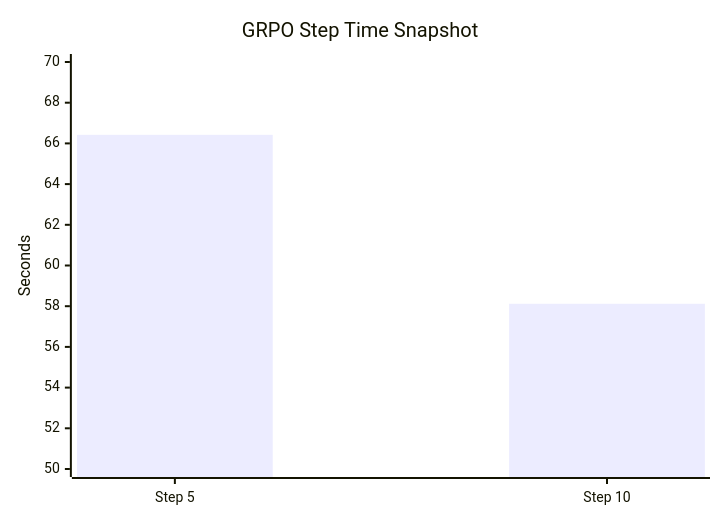
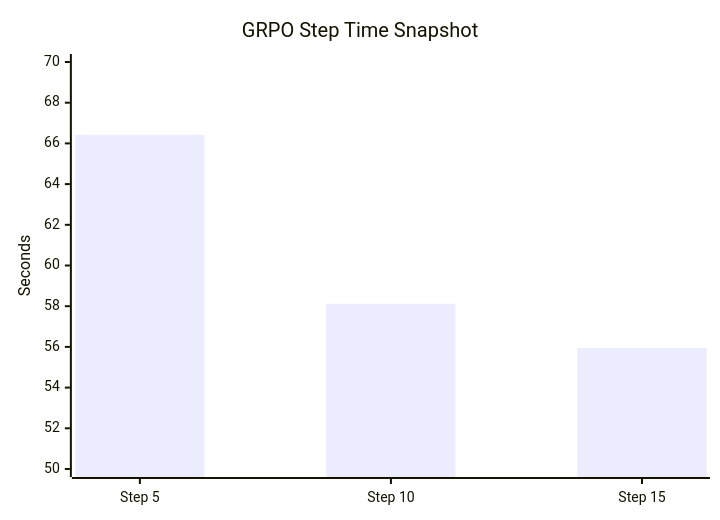
Before and after one commit to sanjuhs/Open-ENV-Meta-Hackathon.-rl: the sixth of 6 diagrams in training/DOCEDIT_STUDENT_WALKTHROUGH.md, drawn with Mermaid. The commit also changed other lines of this file and 1 other file, not shown here.

````diff
--- a/training/DOCEDIT_STUDENT_WALKTHROUGH.md
+++ b/training/DOCEDIT_STUDENT_WALKTHROUGH.md
@@ -361,7 +367,7 @@
 ```mermaid
 xychart-beta
     title "GRPO Step Time Snapshot"
-    x-axis ["Step 5", "Step 10"]
+    x-axis ["Step 5", "Step 10", "Step 15"]
     y-axis "Seconds" 50 --> 70
-    bar [66.42, 58.12]
+    bar [66.42, 58.12, 55.95]
 ```
````
